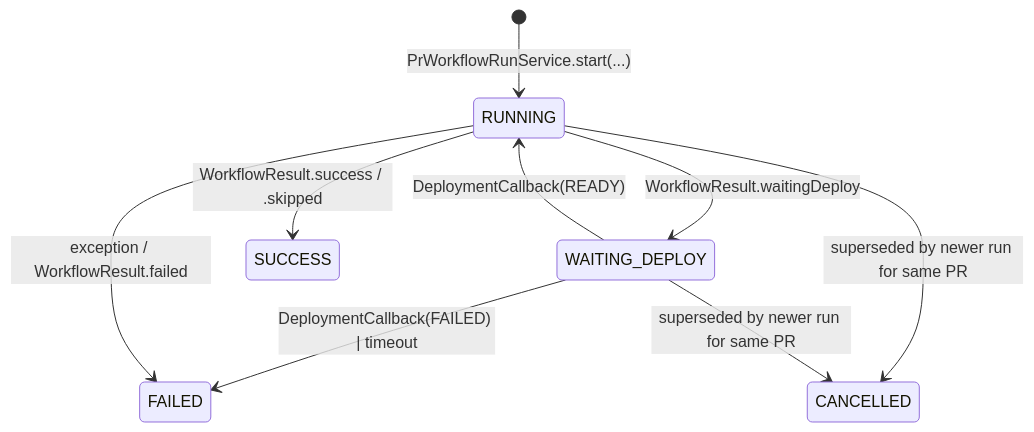
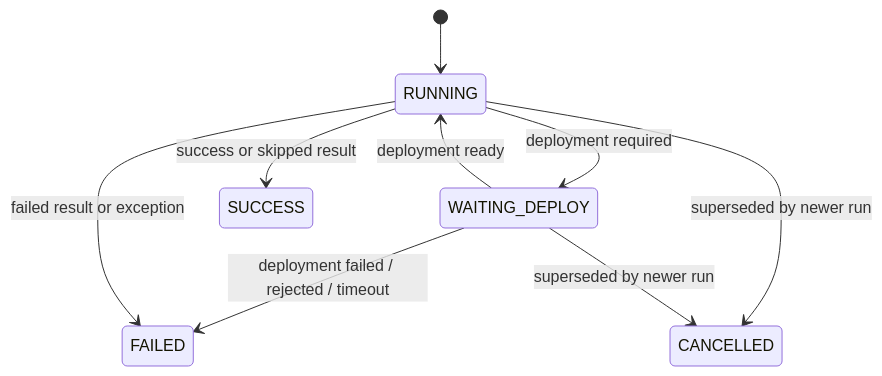
Before and after one commit to rmie/ai-git-bot: the diagram in doc/agentic-workflows/INTERNALS.md, drawn with Mermaid. The commit also changed other lines of this file and 20 other files, not shown here.

````diff
--- a/doc/agentic-workflows/INTERNALS.md
+++ b/doc/agentic-workflows/INTERNALS.md
@@ -113,11 +38,11 @@
 ```mermaid
 stateDiagram-v2
-    [*] --> RUNNING: PrWorkflowRunService.start(...)
-    RUNNING --> WAITING_DEPLOY: WorkflowResult.waitingDeploy
-    WAITING_DEPLOY --> RUNNING: DeploymentCallback(READY)
-    WAITING_DEPLOY --> FAILED: DeploymentCallback(FAILED) | timeout
-    RUNNING --> SUCCESS: WorkflowResult.success / .skipped
-    RUNNING --> FAILED: exception / WorkflowResult.failed
-    RUNNING --> CANCELLED: superseded by newer run for same PR
-    WAITING_DEPLOY --> CANCELLED: superseded by newer run for same PR
+    [*] --> RUNNING
+    RUNNING --> WAITING_DEPLOY: deployment required
+    WAITING_DEPLOY --> RUNNING: deployment ready
+    WAITING_DEPLOY --> FAILED: deployment failed / rejected / timeout
+    RUNNING --> SUCCESS: success or skipped result
+    RUNNING --> FAILED: failed result or exception
+    RUNNING --> CANCELLED: superseded by newer run
+    WAITING_DEPLOY --> CANCELLED: superseded by newer run
 ```
````
